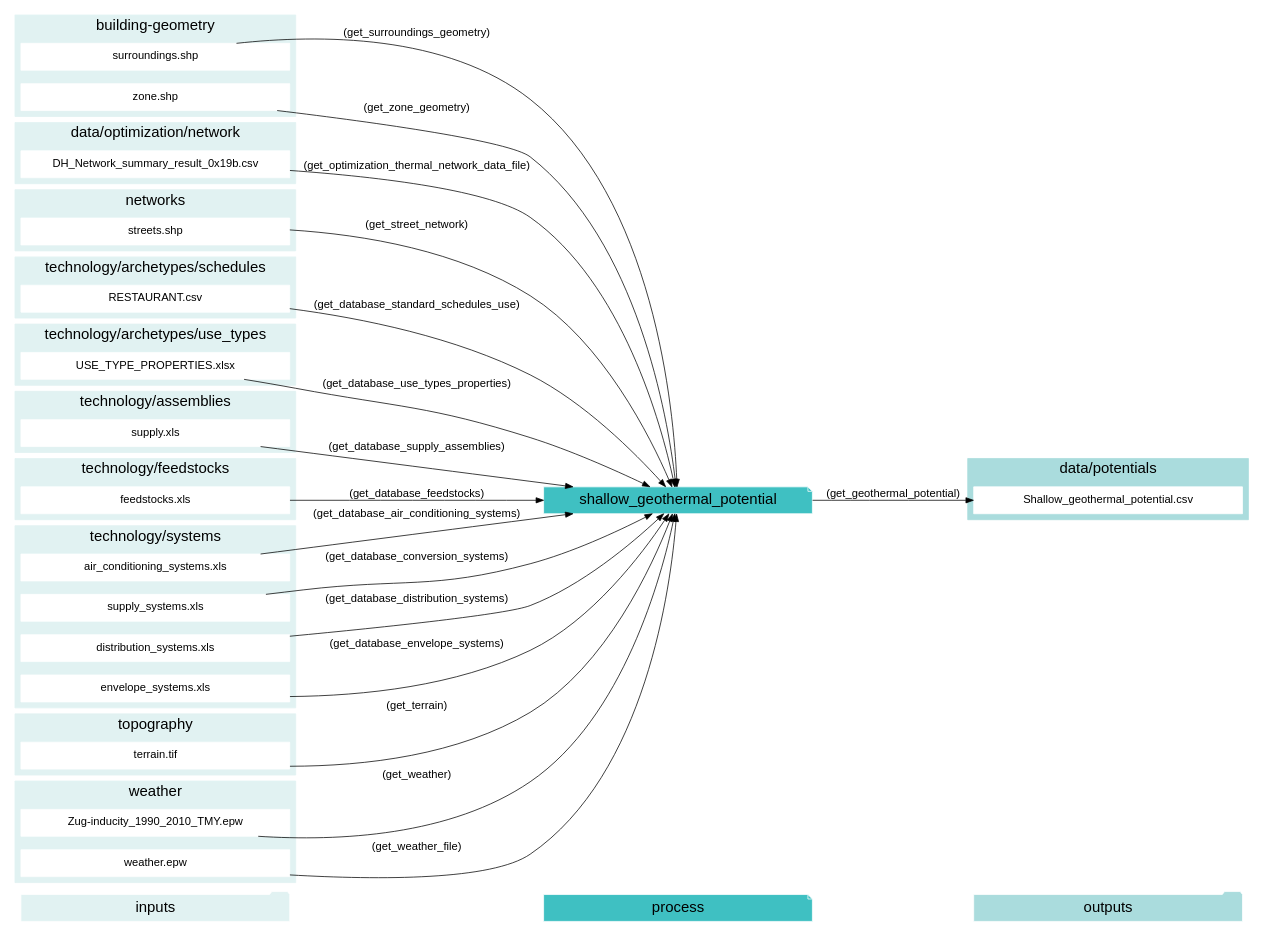
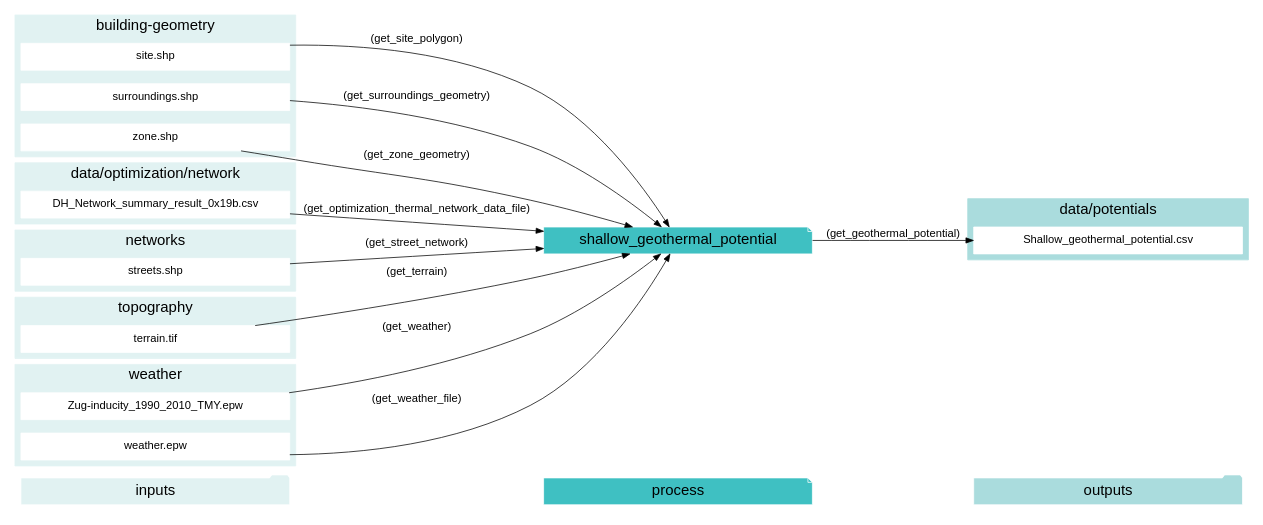
The diagram in docs/graphviz/shallow_geothermal_potential.gv (architecture-building-systems/CityEnergyAnalyst), drawn with Graphviz before and after one commit. The commit also changed 24 other files, not shown here.

```diff
--- a/docs/graphviz/shallow_geothermal_potential.gv
+++ b/docs/graphviz/shallow_geothermal_potential.gv
@@ -1,126 +1,77 @@
 digraph trace_inputlocator {
     rankdir="LR";
     graph [overlap=false, fontname=arial];
     node [shape=box, style=filled, color=white, fontsize=15, fontname=arial, fixedsize=true, width=5];
     edge [fontname=arial, fontsize = 15]
     newrank=true
     subgraph cluster_legend {
     fontsize=25
     style=invis
     "process"[style=filled, fillcolor="#3FC0C2", shape=note, fontsize=20, fontname="arial"]
     "inputs" [style=filled, shape=folder, color=white, fillcolor="#E1F2F2", fontsize=20]
     "outputs"[style=filled, shape=folder, color=white, fillcolor="#aadcdd", fontsize=20]
     "inputs"->"process"[style=invis]
     "process"->"outputs"[style=invis]
     }
     "shallow_geothermal_potential"[style=filled, color=white, fillcolor="#3FC0C2", shape=note, fontsize=20, fontname=arial];
     subgraph cluster_0_in {
         style = filled;
         color = "#E1F2F2";
         fontsize = 20;
         rank=same;
         label="building-geometry";
+        "site.shp"
         "surroundings.shp"
         "zone.shp"
     }
     subgraph cluster_1_in {
         style = filled;
         color = "#E1F2F2";
         fontsize = 20;
         rank=same;
         label="data/optimization/network";
         "DH_Network_summary_result_0x19b.csv"
     }
     subgraph cluster_2_out {
         style = filled;
         color = "#aadcdd";
         fontsize = 20;
         rank=same;
         label="data/potentials";
         "Shallow_geothermal_potential.csv"
     }
     subgraph cluster_3_in {
         style = filled;
         color = "#E1F2F2";
         fontsize = 20;
         rank=same;
         label="networks";
         "streets.shp"
     }
     subgraph cluster_4_in {
         style = filled;
         color = "#E1F2F2";
         fontsize = 20;
         rank=same;
-        label="technology/archetypes/schedules";
-        "RESTAURANT.csv"
-    }
-    subgraph cluster_5_in {
-        style = filled;
-        color = "#E1F2F2";
-        fontsize = 20;
-        rank=same;
-        label="technology/archetypes/use_types";
-        "USE_TYPE_PROPERTIES.xlsx"
-    }
-    subgraph cluster_6_in {
-        style = filled;
-        color = "#E1F2F2";
-        fontsize = 20;
-        rank=same;
-        label="technology/assemblies";
-        "supply.xls"
-    }
-    subgraph cluster_7_in {
-        style = filled;
-        color = "#E1F2F2";
-        fontsize = 20;
-        rank=same;
-        label="technology/feedstocks";
-        "feedstocks.xls"
-    }
-    subgraph cluster_8_in {
-        style = filled;
-        color = "#E1F2F2";
-        fontsize = 20;
-        rank=same;
-        label="technology/systems";
-        "air_conditioning_systems.xls"
-        "supply_systems.xls"
-        "distribution_systems.xls"
-        "envelope_systems.xls"
-    }
-    subgraph cluster_9_in {
-        style = filled;
-        color = "#E1F2F2";
-        fontsize = 20;
-        rank=same;
         label="topography";
         "terrain.tif"
     }
-    subgraph cluster_10_in {
+    subgraph cluster_5_in {
         style = filled;
         color = "#E1F2F2";
         fontsize = 20;
         rank=same;
         label="weather";
         "Zug-inducity_1990_2010_TMY.epw"
         "weather.epw"
     }
-    "air_conditioning_systems.xls" -> "shallow_geothermal_potential"[label="(get_database_air_conditioning_systems)"]
-    "supply_systems.xls" -> "shallow_geothermal_potential"[label="(get_database_conversion_systems)"]
-    "distribution_systems.xls" -> "shallow_geothermal_potential"[label="(get_database_distribution_systems)"]
-    "envelope_systems.xls" -> "shallow_geothermal_potential"[label="(get_database_envelope_systems)"]
-    "feedstocks.xls" -> "shallow_geothermal_potential"[label="(get_database_feedstocks)"]
-    "RESTAURANT.csv" -> "shallow_geothermal_potential"[label="(get_database_standard_schedules_use)"]
-    "supply.xls" -> "shallow_geothermal_potential"[label="(get_database_supply_assemblies)"]
-    "USE_TYPE_PROPERTIES.xlsx" -> "shallow_geothermal_potential"[label="(get_database_use_types_properties)"]
     "DH_Network_summary_result_0x19b.csv" -> "shallow_geothermal_potential"[label="(get_optimization_thermal_network_data_file)"]
+    "site.shp" -> "shallow_geothermal_potential"[label="(get_site_polygon)"]
     "streets.shp" -> "shallow_geothermal_potential"[label="(get_street_network)"]
     "surroundings.shp" -> "shallow_geothermal_potential"[label="(get_surroundings_geometry)"]
     "terrain.tif" -> "shallow_geothermal_potential"[label="(get_terrain)"]
     "Zug-inducity_1990_2010_TMY.epw" -> "shallow_geothermal_potential"[label="(get_weather)"]
     "weather.epw" -> "shallow_geothermal_potential"[label="(get_weather_file)"]
     "zone.shp" -> "shallow_geothermal_potential"[label="(get_zone_geometry)"]
     "shallow_geothermal_potential" -> "Shallow_geothermal_potential.csv"[label="(get_geothermal_potential)"]
     }
```
